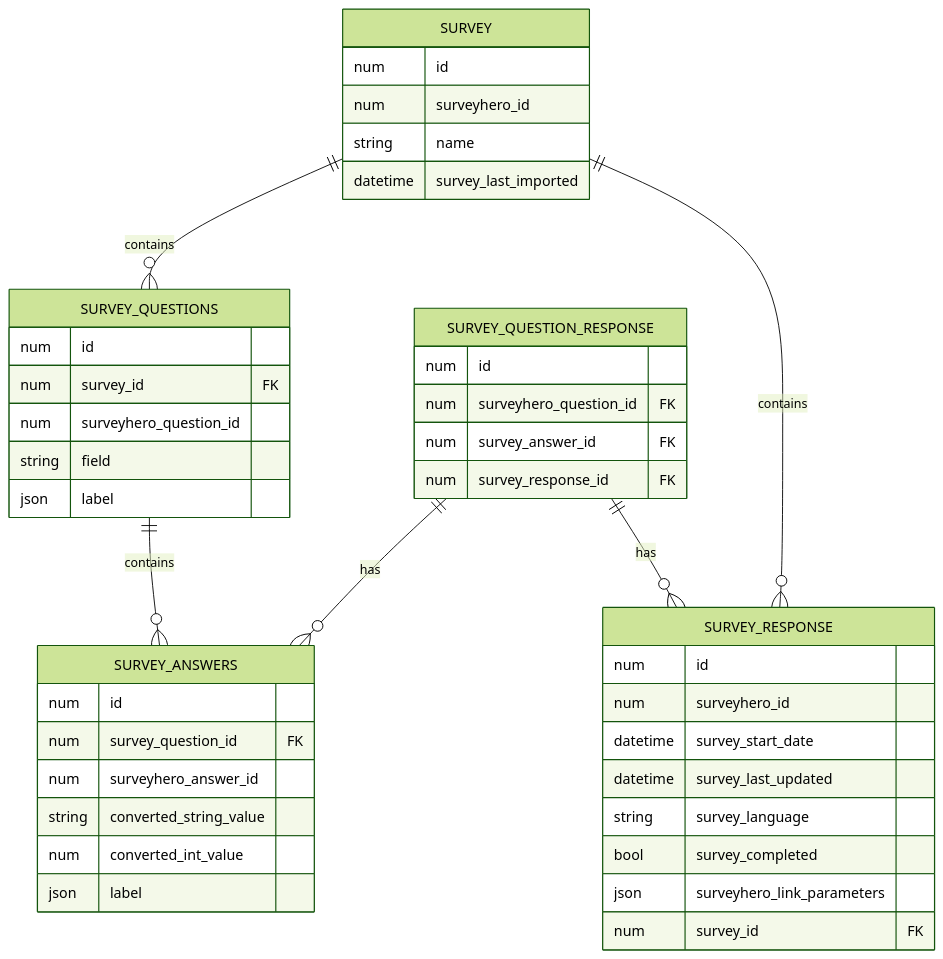
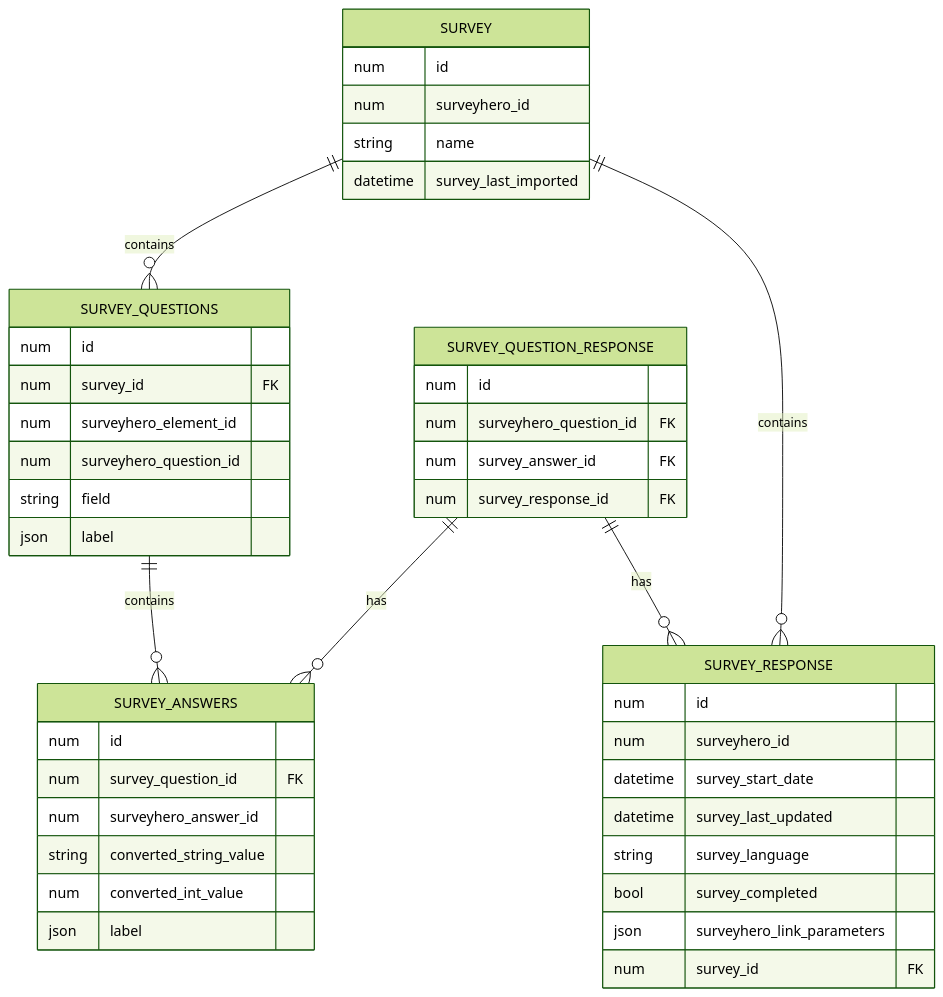
One commit to statikbe/laravel-surveyhero changed the diagram in README.md. Above: the diagram before and after it, drawn with Mermaid (forest theme). The commit also changed 3 other files, not shown here.

Commit message:
Added surveyhero_element_id to survey_questions

````diff
--- a/README.md
+++ b/README.md
@@ -38,48 +38,49 @@
 ``` mermaid
 erDiagram
 SURVEY {
     num id
     num surveyhero_id
     string name
     datetime survey_last_imported
 }
 
 SURVEY_QUESTIONS {
     num id		
     num survey_id FK
+    num surveyhero_element_id
     num surveyhero_question_id
     string field			
     json label		
 }
 
 SURVEY_ANSWERS {
     num id		
     num survey_question_id FK
     num surveyhero_answer_id			
     string converted_string_value			
     num converted_int_value			
     json label			
 }
 
 SURVEY_RESPONSE {
     num id
     num surveyhero_id
     datetime survey_start_date
     datetime survey_last_updated
     string survey_language
     bool survey_completed
     json surveyhero_link_parameters
     num survey_id FK
 }
 SURVEY_QUESTION_RESPONSE {	
     num id
     num surveyhero_question_id FK
     num survey_answer_id FK
     num survey_response_id FK
 }
 SURVEY ||--o{ SURVEY_QUESTIONS : contains
 SURVEY ||--o{ SURVEY_RESPONSE : contains
 SURVEY_QUESTIONS ||--o{ SURVEY_ANSWERS : contains
 SURVEY_QUESTION_RESPONSE ||--o{ SURVEY_ANSWERS : has
 SURVEY_QUESTION_RESPONSE ||--o{ SURVEY_RESPONSE : has
 ```
````
